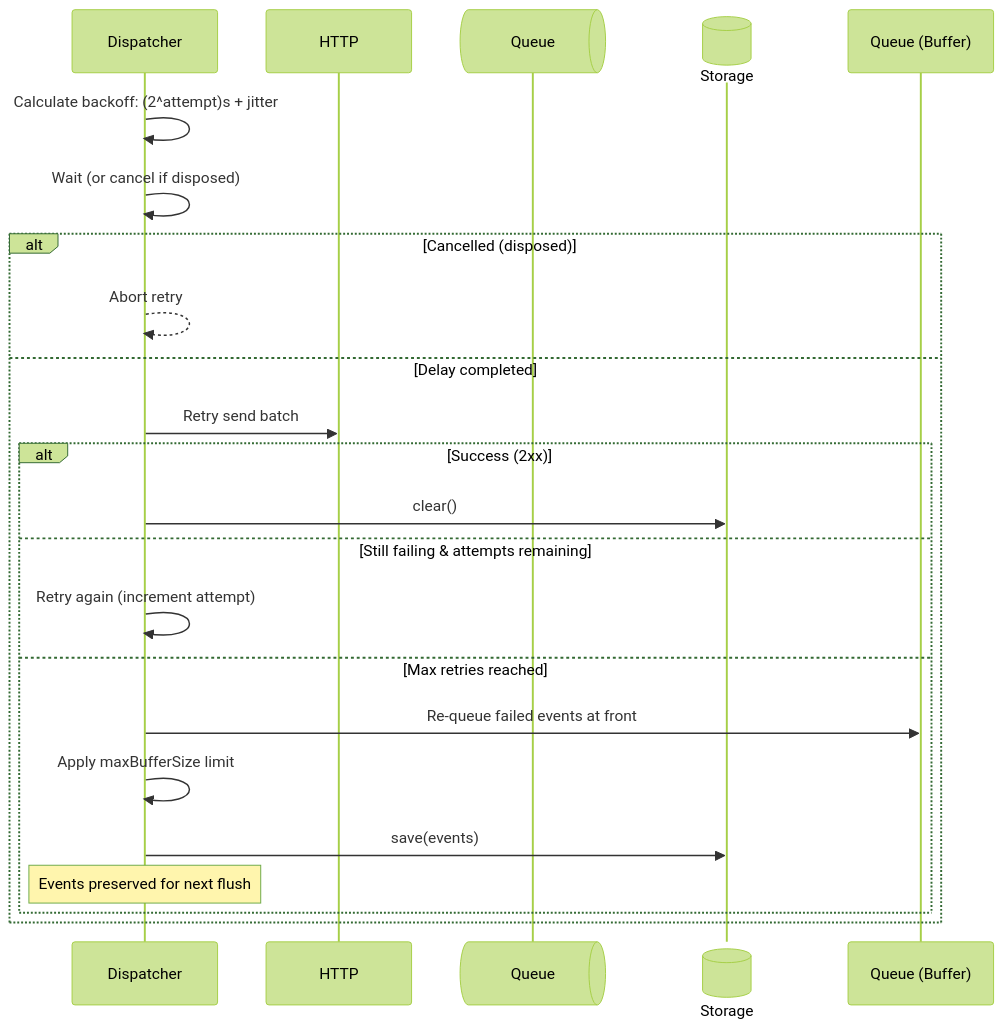
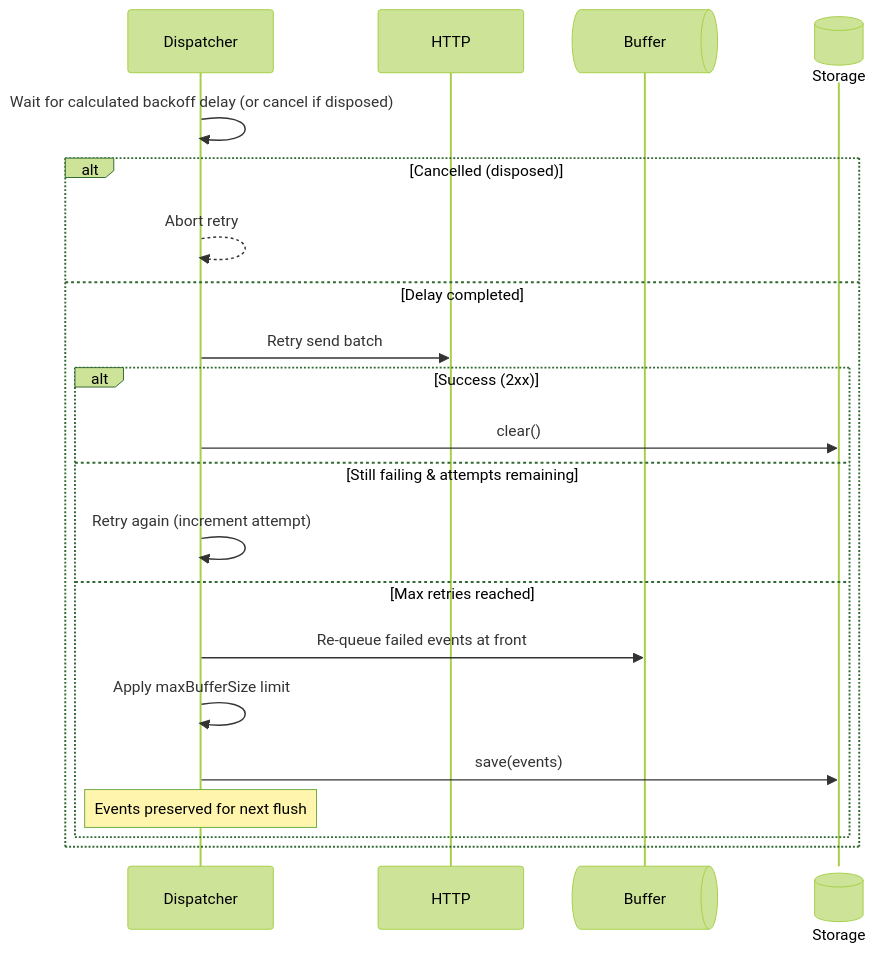
Before and after one commit to Tap30/ripple: the fourth of 9 diagrams in DESIGN_AND_CONTRACTS.md, drawn with Mermaid (forest theme). The commit also changed other lines of this file, not shown here.

Commit message:
Refactor queue to buffer in design document

````diff
--- a/DESIGN_AND_CONTRACTS.md
+++ b/DESIGN_AND_CONTRACTS.md
@@ -329,25 +331,24 @@
 ```mermaid
 sequenceDiagram
     participant Dispatcher
     participant HTTP
-    participant Queue@{ "type" : "queue" }
+    participant Buffer@{ "type" : "queue" }
     participant Storage@{ "type" : "database" }
 
-    Dispatcher->>Dispatcher: Calculate backoff: (2^attempt)s + jitter
-    Dispatcher->>Dispatcher: Wait (or cancel if disposed)
+    Dispatcher->>Dispatcher: Wait for calculated backoff delay (or cancel if disposed)
     alt Cancelled (disposed)
         Dispatcher-->>Dispatcher: Abort retry
     else Delay completed
         Dispatcher->>HTTP: Retry send batch
         alt Success (2xx)
             Dispatcher->>Storage: clear()
         else Still failing & attempts remaining
             Dispatcher->>Dispatcher: Retry again (increment attempt)
         else Max retries reached
-            Dispatcher->>Queue (Buffer): Re-queue failed events at front
+            Dispatcher->>Buffer: Re-queue failed events at front
             Dispatcher->>Dispatcher: Apply maxBufferSize limit
             Dispatcher->>Storage: save(events)
             Note over Dispatcher: Events preserved for next flush
         end
     end
 ```
````
